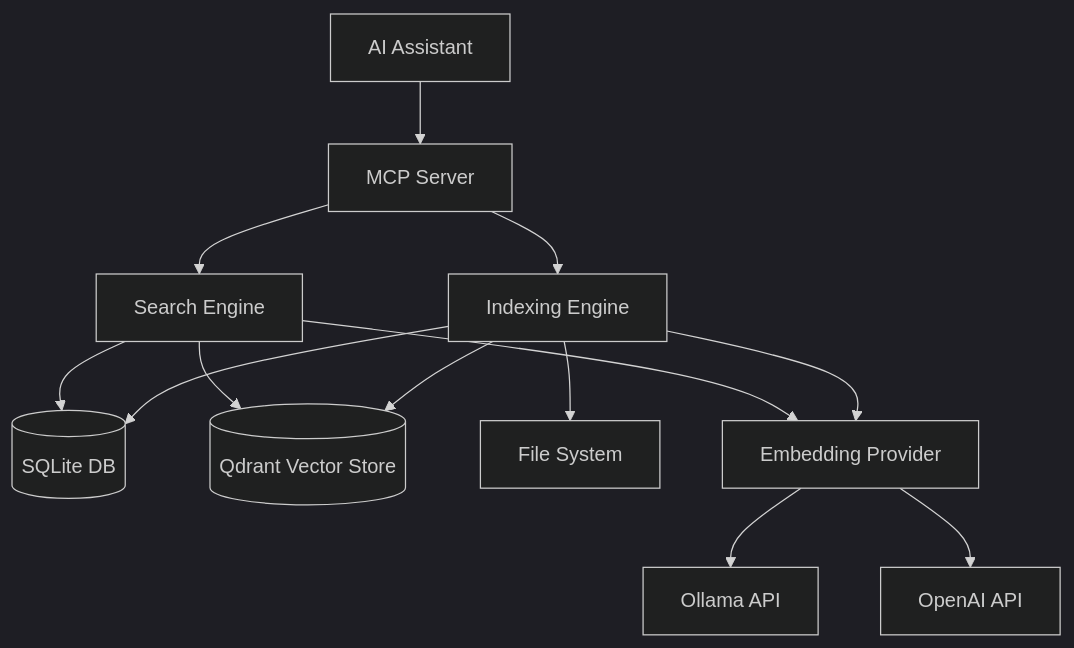
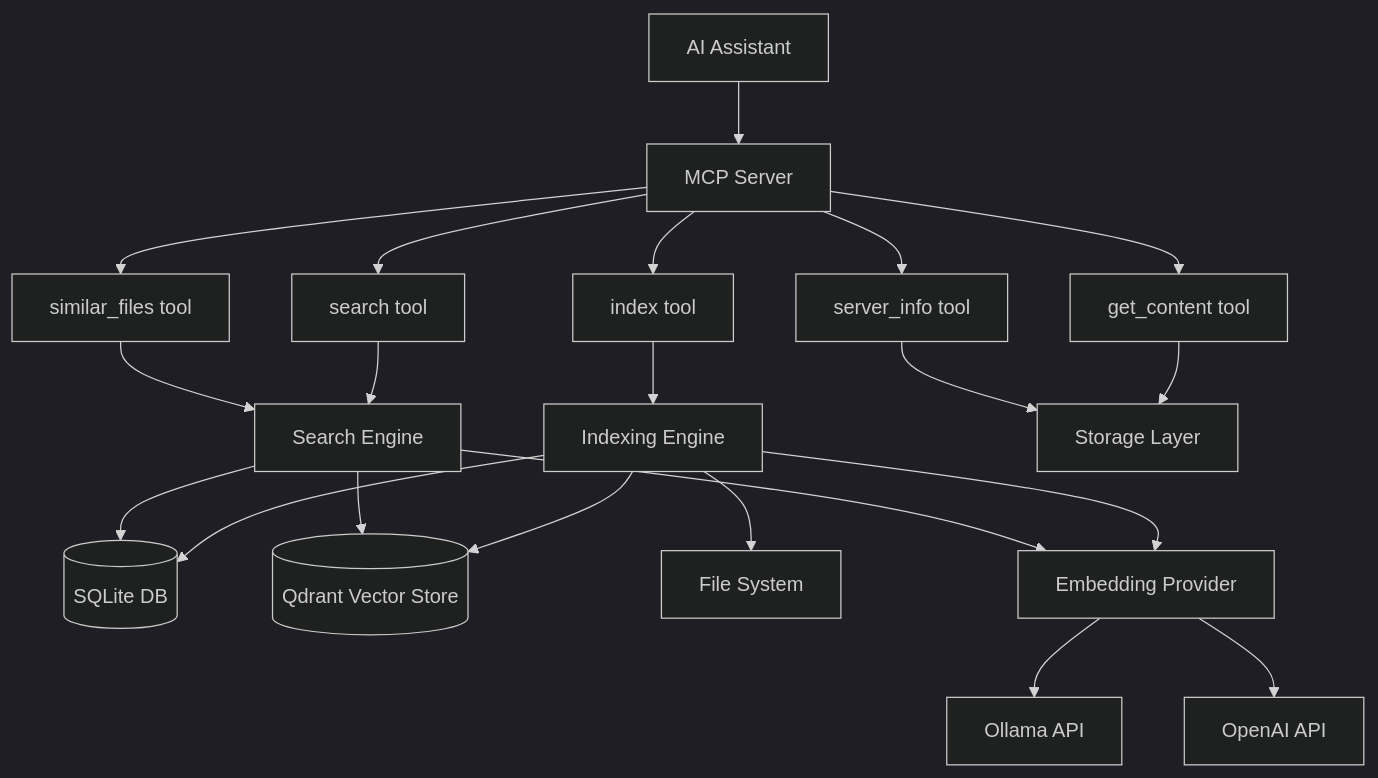
Before and after one commit to peteretelej/directory-indexer: the second of 9 diagrams in docs/designs/flows.md, drawn with Mermaid (dark theme). The commit also changed other lines of this file and 7 other files, not shown here.

````diff
--- a/docs/designs/flows.md
+++ b/docs/designs/flows.md
@@ -27,18 +37,27 @@
 ```mermaid
 graph TB
     AI[AI Assistant] --> MCP[MCP Server]
-    MCP --> Engine[Indexing Engine]
-    MCP --> Search[Search Engine]
+    MCP --> IndexTool[index tool]
+    MCP --> SearchTool[search tool]
+    MCP --> SimilarTool[similar_files tool]
+    MCP --> GetTool[get_content tool]
+    MCP --> InfoTool[server_info tool]
     
-    Engine --> SQLite[(SQLite DB)]
-    Engine --> Qdrant[(Qdrant Vector Store)]
-    Engine --> Files[File System]
-    Engine --> Embed[Embedding Provider]
+    IndexTool --> IndexEngine[Indexing Engine]
+    SearchTool --> SearchEngine[Search Engine]
+    SimilarTool --> SearchEngine
+    GetTool --> Storage[Storage Layer]
+    InfoTool --> Storage
     
-    Search --> SQLite
-    Search --> Qdrant
-    Search --> Embed
+    IndexEngine --> SQLite[(SQLite DB)]
+    IndexEngine --> Qdrant[(Qdrant Vector Store)]
+    IndexEngine --> FileSystem[File System]
+    IndexEngine --> EmbedProvider[Embedding Provider]
     
-    Embed --> Ollama[Ollama API]
-    Embed --> OpenAI[OpenAI API]
+    SearchEngine --> SQLite
+    SearchEngine --> Qdrant
+    SearchEngine --> EmbedProvider
+    
+    EmbedProvider --> Ollama[Ollama API]
+    EmbedProvider --> OpenAI[OpenAI API]
 ```
````
